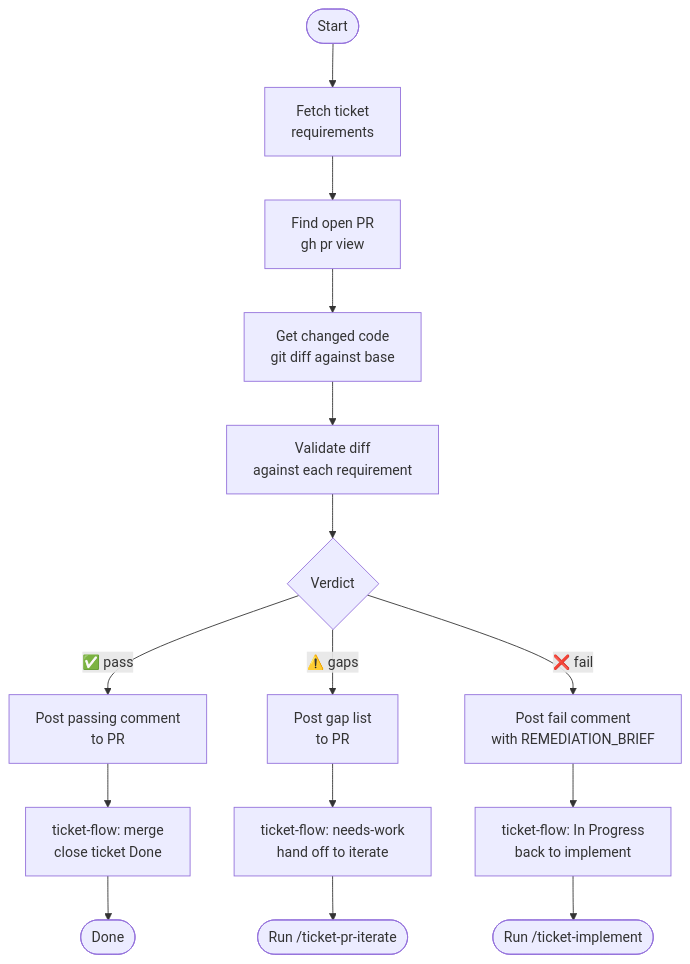
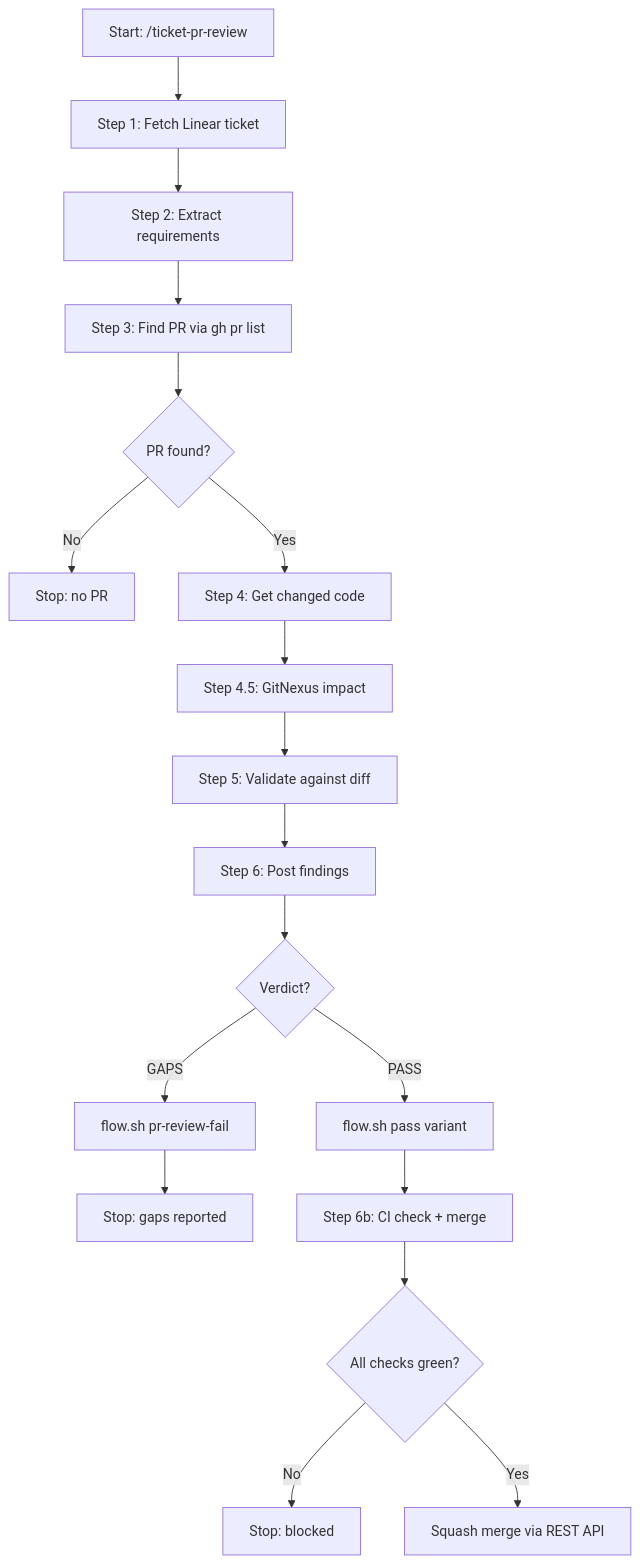
One commit to willard-pro/claude-plugins changed the diagram in ticket-auto-pipeline/docs/skills/ticket-pr-review.md. Above: the diagram before and after it, drawn with Mermaid. The commit also changed other lines of this file and 39 other files, not shown here.

````diff
--- a/ticket-auto-pipeline/docs/skills/ticket-pr-review.md
+++ b/ticket-auto-pipeline/docs/skills/ticket-pr-review.md
@@ -35,17 +37,20 @@
 ```mermaid
 flowchart TD
-    A([Start]) --> B[Fetch ticket\nrequirements]
-    B --> C[Find open PR\ngh pr view]
-    C --> D[Get changed code\ngit diff against base]
-    D --> E[Validate diff\nagainst each requirement]
-    E --> F{Verdict}
-    F -- ✅ pass --> G[Post passing comment\nto PR]
-    F -- ⚠️ gaps --> H[Post gap list\nto PR]
-    F -- ❌ fail --> I[Post fail comment\nwith REMEDIATION_BRIEF]
-    G --> J[ticket-flow: merge\nclose ticket Done]
-    H --> K[ticket-flow: needs-work\nhand off to iterate]
-    I --> L[ticket-flow: In Progress\nback to implement]
-    J --> M([Done])
-    K --> N([Run /ticket-pr-iterate])
-    L --> O([Run /ticket-implement])
+    A[Start: /ticket-pr-review] --> B[Step 1: Fetch Linear ticket]
+    B --> C[Step 2: Extract requirements]
+    C --> D[Step 3: Find PR via gh pr list]
+    D --> E{PR found?}
+    E -->|No| STOP1[Stop: no PR]
+    E -->|Yes| F[Step 4: Get changed code]
+    F --> G[Step 4.5: GitNexus impact]
+    G --> H[Step 5: Validate against diff]
+    H --> I[Step 6: Post findings]
+    I --> J{Verdict?}
+    J -->|GAPS| K[flow.sh pr-review-fail]
+    J -->|PASS| L[flow.sh pass variant]
+    K --> STOP2[Stop: gaps reported]
+    L --> M[Step 6b: CI check + merge]
+    M --> N{All checks green?}
+    N -->|No| STOP3[Stop: blocked]
+    N -->|Yes| O[Squash merge via REST API]
 ```
````
